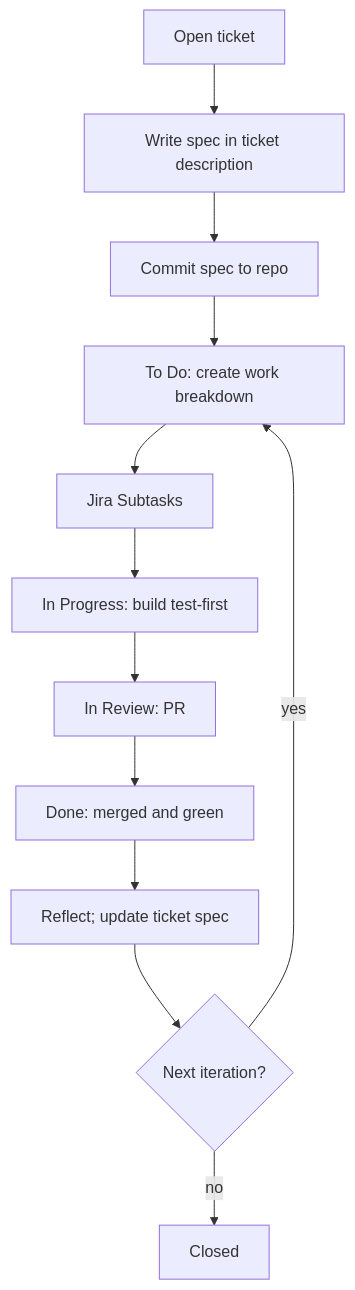
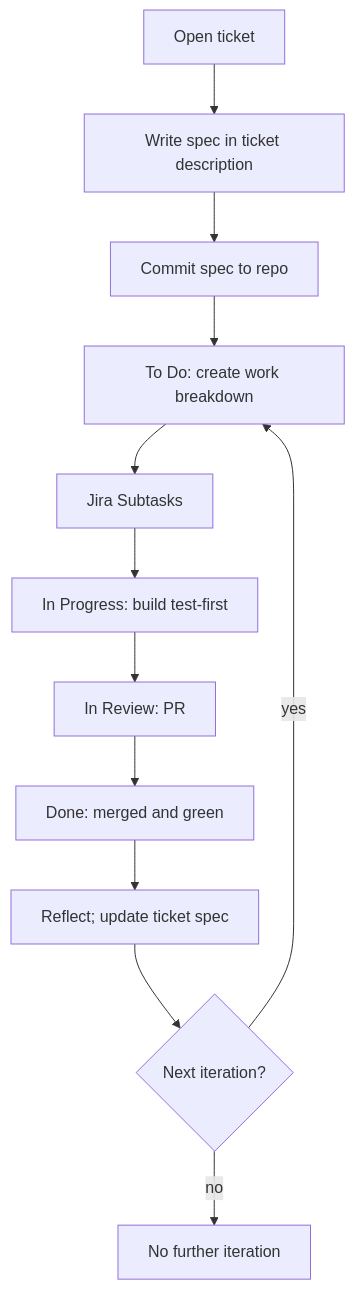
One commit to xenoterracide/agent-skills changed the diagram in skills/iterative-development/references/jira-iteration.md. Above: the diagram before and after it, drawn with Mermaid. The commit also changed 3 other files, not shown here.

````diff
--- a/skills/iterative-development/references/jira-iteration.md
+++ b/skills/iterative-development/references/jira-iteration.md
@@ -11,14 +11,14 @@
 ```mermaid
 flowchart TD
     A[Open ticket] --> B[Write spec in ticket description]
     B --> C[Commit spec to repo]
     C --> D[To Do: create work breakdown]
     D --> E[Jira Subtasks]
     E --> F[In Progress: build test-first]
     F --> G[In Review: PR]
     G --> H[Done: merged and green]
     H --> I[Reflect; update ticket spec]
     I --> J{Next iteration?}
     J -- yes --> D
-    J -- no --> K[Closed]
+    J -- no --> K[No further iteration]
 ```
````
